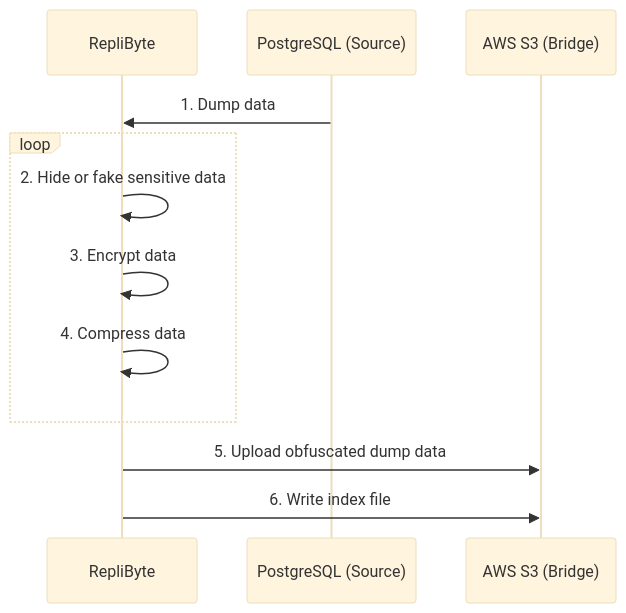
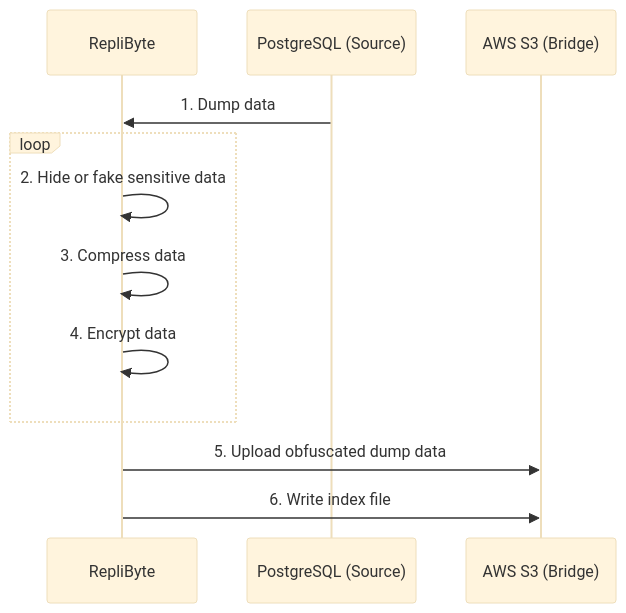
The first of 2 diagrams in README.md (Qovery/Replibyte), drawn with Mermaid (base theme) before and after one commit.

Commit message:
chore: update README.md - wrong schema steps order

````diff
--- a/README.md
+++ b/README.md
@@ -178,14 +178,14 @@
 ```mermaid
 sequenceDiagram
     participant RepliByte
     participant PostgreSQL (Source)
     participant AWS S3 (Bridge)
     PostgreSQL (Source)->>RepliByte: 1. Dump data
     loop
         RepliByte->>RepliByte: 2. Hide or fake sensitive data
-        RepliByte->>RepliByte: 3. Encrypt data
-        RepliByte->>RepliByte: 4. Compress data
+        RepliByte->>RepliByte: 3. Compress data
+        RepliByte->>RepliByte: 4. Encrypt data
     end
     RepliByte->>AWS S3 (Bridge): 5. Upload obfuscated dump data
     RepliByte->>AWS S3 (Bridge): 6. Write index file
 ```
````
